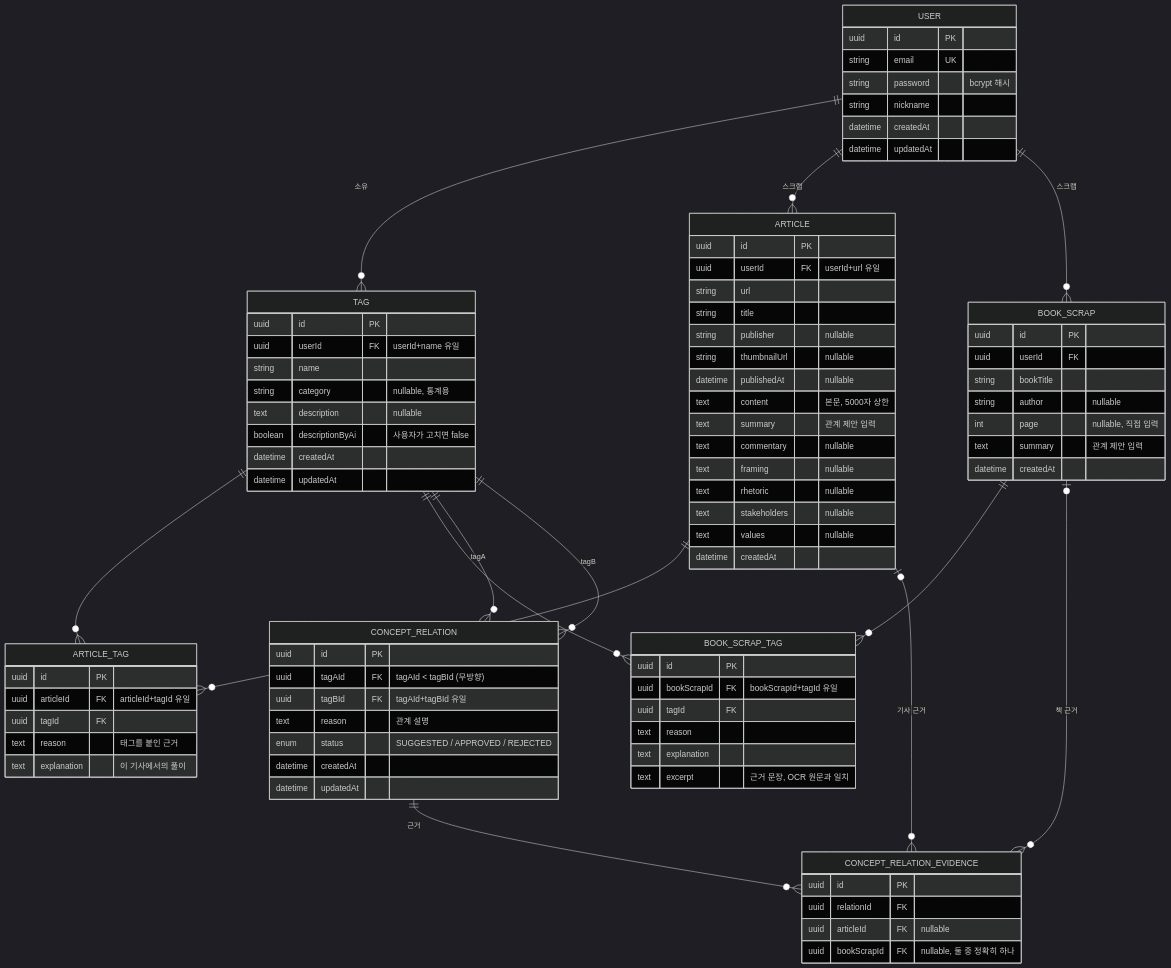
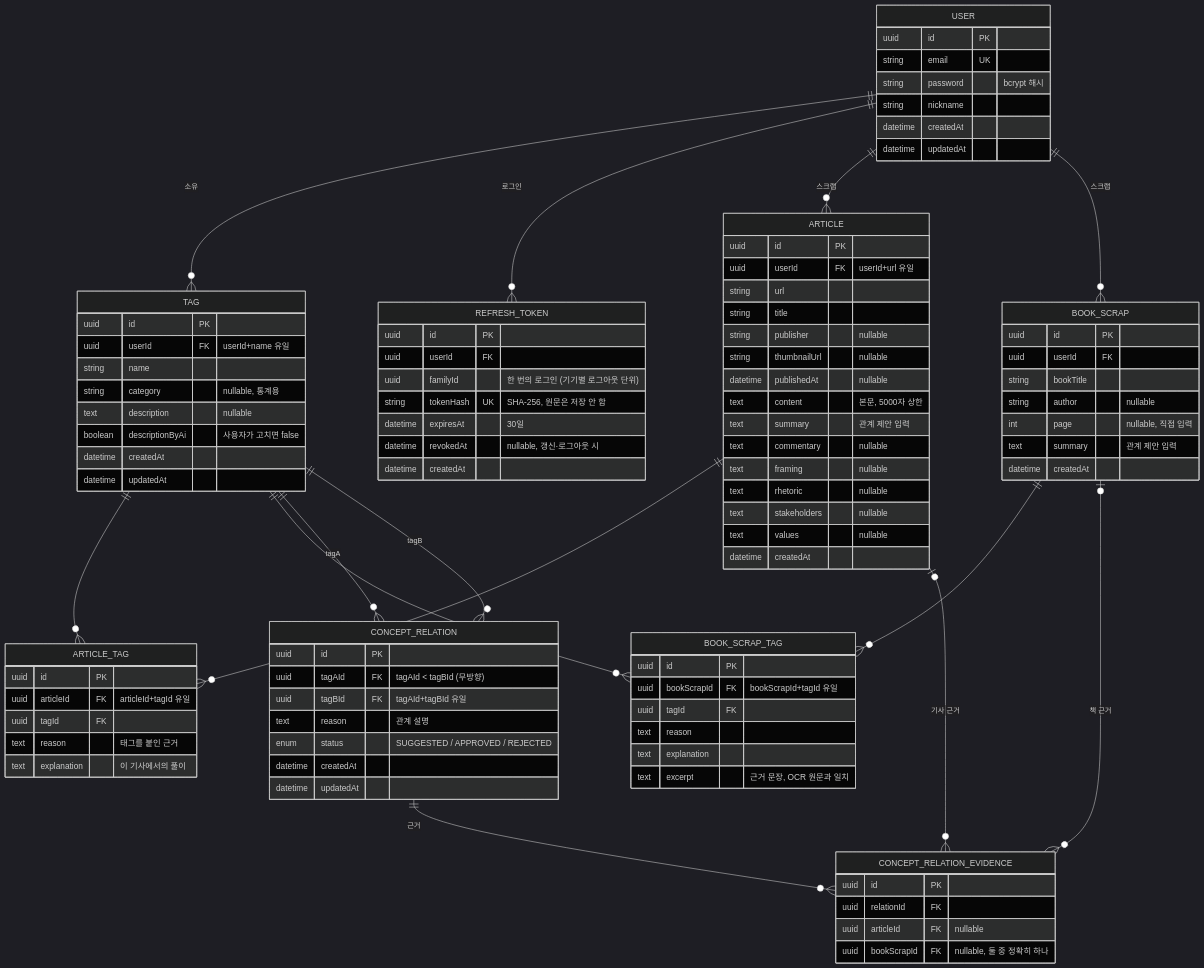
One commit to yoonseo-dev/anomie changed the diagram in doc/anomie_erd.md. Above: the diagram before and after it, drawn with Mermaid (dark theme). The commit also changed other lines of this file and 15 other files, not shown here.

````diff
--- a/doc/anomie_erd.md
+++ b/doc/anomie_erd.md
@@ -5,6 +5,7 @@
 ```mermaid
 erDiagram
   USER ||--o{ TAG : "소유"
+  USER ||--o{ REFRESH_TOKEN : "로그인"
   USER ||--o{ ARTICLE : "스크랩"
   USER ||--o{ BOOK_SCRAP : "스크랩"
   ARTICLE ||--o{ ARTICLE_TAG : ""
@@ -23,6 +24,15 @@
     string nickname
     datetime createdAt
     datetime updatedAt
+  }
+  REFRESH_TOKEN {
+    uuid id PK
+    uuid userId FK
+    uuid familyId "한 번의 로그인 (기기별 로그아웃 단위)"
+    string tokenHash UK "SHA-256, 원문은 저장 안 함"
+    datetime expiresAt "30일"
+    datetime revokedAt "nullable, 갱신·로그아웃 시"
+    datetime createdAt
   }
   TAG {
     uuid id PK
````
